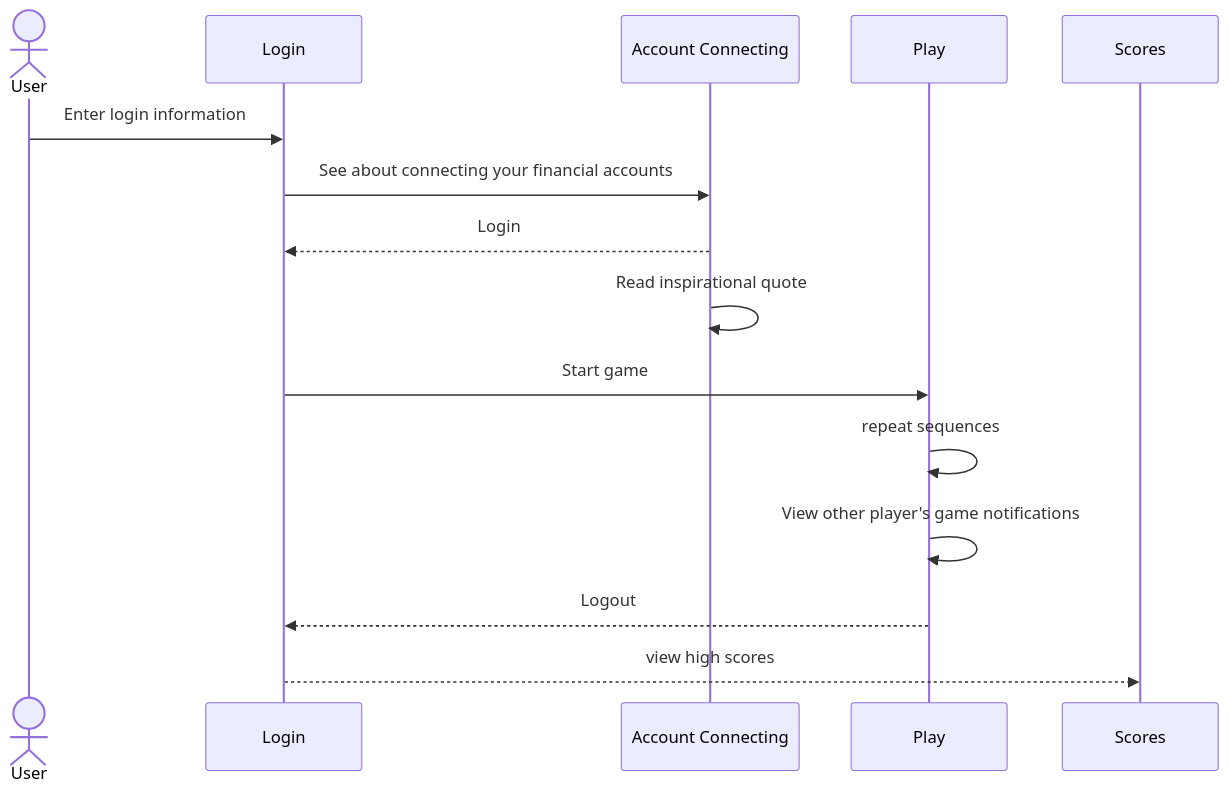
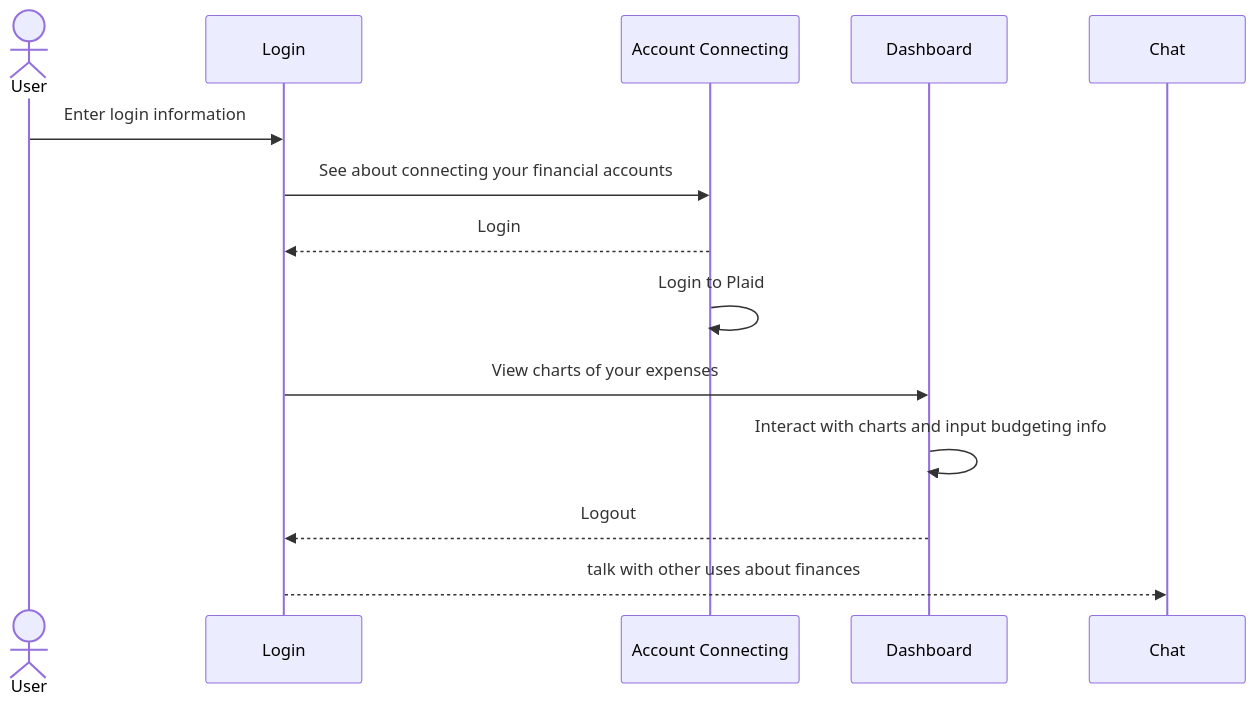
The diagram in README.md (dan4chap/startup), drawn with Mermaid before and after one commit.

````diff
--- a/README.md
+++ b/README.md
@@ -37,13 +37,12 @@
 ```mermaid
 sequenceDiagram
     actor User
     User->>Login: Enter login information
     Login->>Account Connecting: See about connecting your financial accounts
     Account Connecting-->>Login: Login
-    Account Connecting->>Account Connecting: Read inspirational quote
-    Login->>Play: Start game
-    Play->>Play: repeat sequences
-    Play->>Play: View other player's game notifications
-    Play-->>Login: Logout
-    Login-->>Scores: view high scores
+    Account Connecting->>Account Connecting: Login to Plaid
+    Login->>Dashboard: View charts of your expenses
+    Dashboard->>Dashboard: Interact with charts and input budgeting info
+    Dashboard-->>Login: Logout
+    Login-->>Chat: talk with other uses about finances
 ```
````
